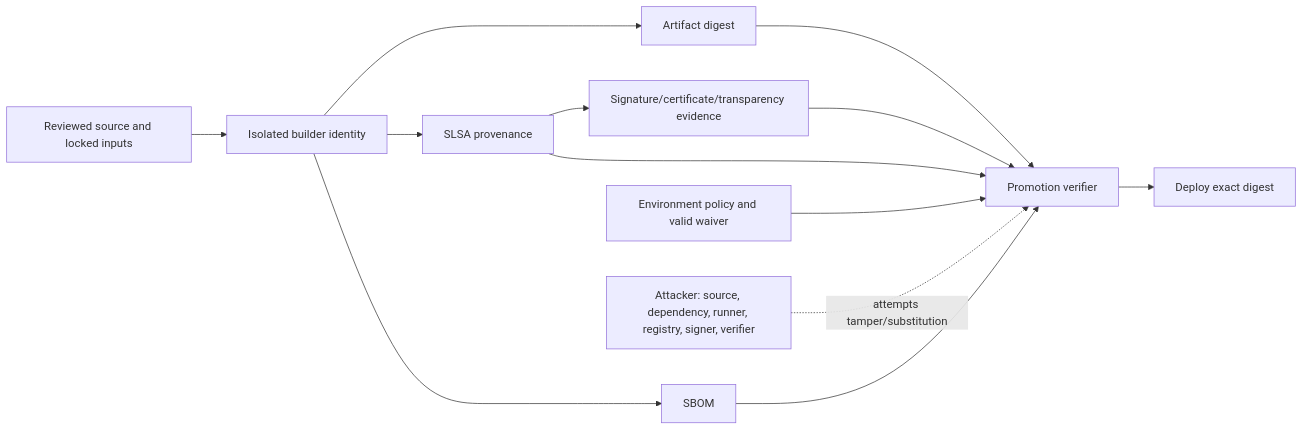
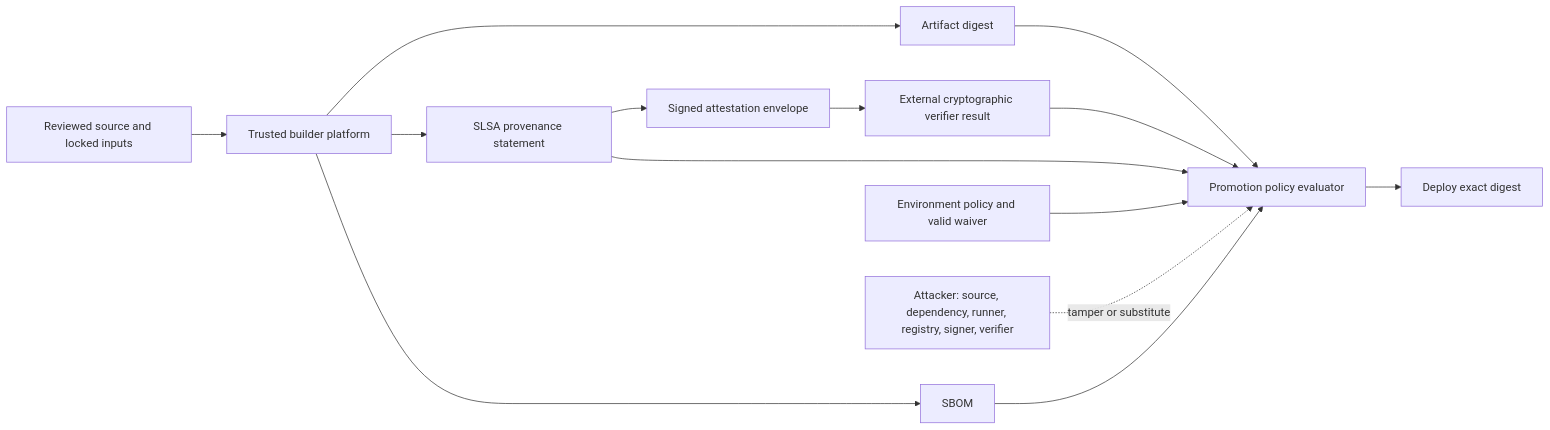
Before and after one commit to jasonachkar/cybersecurity-writeups: the diagram in devsecops/supply-chain-sbom-signing.md, drawn with Mermaid. The commit also changed other lines of this file and 16 other files, not shown here.

Commit message:
fix: correct SecureObs architecture and provenance trust model

````diff
--- a/devsecops/supply-chain-sbom-signing.md
+++ b/devsecops/supply-chain-sbom-signing.md
@@ -66,15 +79,16 @@
 ```mermaid
 flowchart LR
-  S["Reviewed source and locked inputs"] --> B["Isolated builder identity"]
+  S["Reviewed source and locked inputs"] --> B["Trusted builder platform"]
   B --> A["Artifact digest"]
-  B --> V["SLSA provenance"]
+  B --> V["SLSA provenance statement"]
   B --> M["SBOM"]
-  V --> T["Signature/certificate/transparency evidence"]
-  A --> P["Promotion verifier"]
+  V --> E["Signed attestation envelope"]
+  E --> X["External cryptographic verifier result"]
+  A --> P["Promotion policy evaluator"]
   V --> P
   M --> P
-  T --> P
+  X --> P
   Y["Environment policy and valid waiver"] --> P
   P --> D["Deploy exact digest"]
-  X["Attacker: source, dependency, runner, registry, signer, verifier"] -. attempts tamper/substitution .-> P
+  T["Attacker: source, dependency, runner, registry, signer, verifier"] -. "tamper or substitute" .-> P
 ```
````
